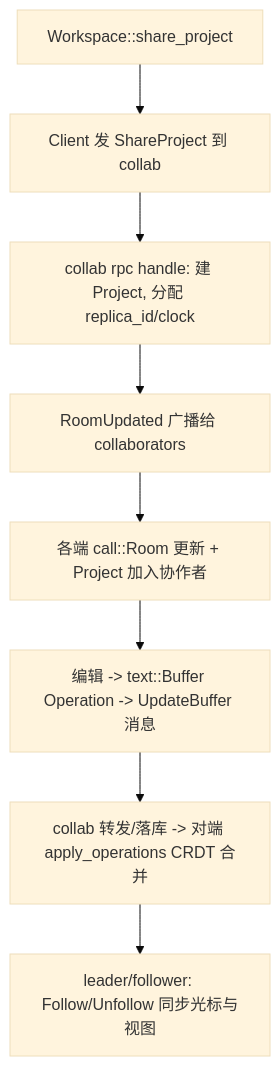
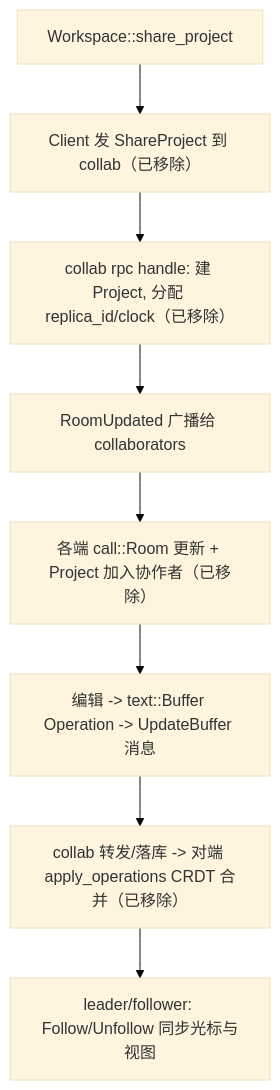
Before and after one commit to rzhangjing/zed: the diagram in wiki/Collab-Deep-Dive.md, drawn with Mermaid (base theme). The commit also changed other lines of this file and 50 other files, not shown here.

````diff
--- a/wiki/Collab-Deep-Dive.md
+++ b/wiki/Collab-Deep-Dive.md
@@ -63,10 +65,10 @@
 ```mermaid
 graph TB
-    A[Workspace::share_project] --> B[Client 发 ShareProject 到 collab]
-    B --> C[collab rpc handle: 建 Project, 分配 replica_id/clock]
+    A[Workspace::share_project] --> B["Client 发 ShareProject 到 collab（已移除）"]
+    B --> C["collab rpc handle: 建 Project, 分配 replica_id/clock（已移除）"]
     C --> D[RoomUpdated 广播给 collaborators]
-    D --> E[各端 call::Room 更新 + Project 加入协作者]
+    D --> E["各端 call::Room 更新 + Project 加入协作者（已移除）"]
     E --> F[编辑 -> text::Buffer Operation -> UpdateBuffer 消息]
-    F --> G[collab 转发/落库 -> 对端 apply_operations CRDT 合并]
+    F --> G["collab 转发/落库 -> 对端 apply_operations CRDT 合并（已移除）"]
     G --> H[leader/follower: Follow/Unfollow 同步光标与视图]
 ```
````
